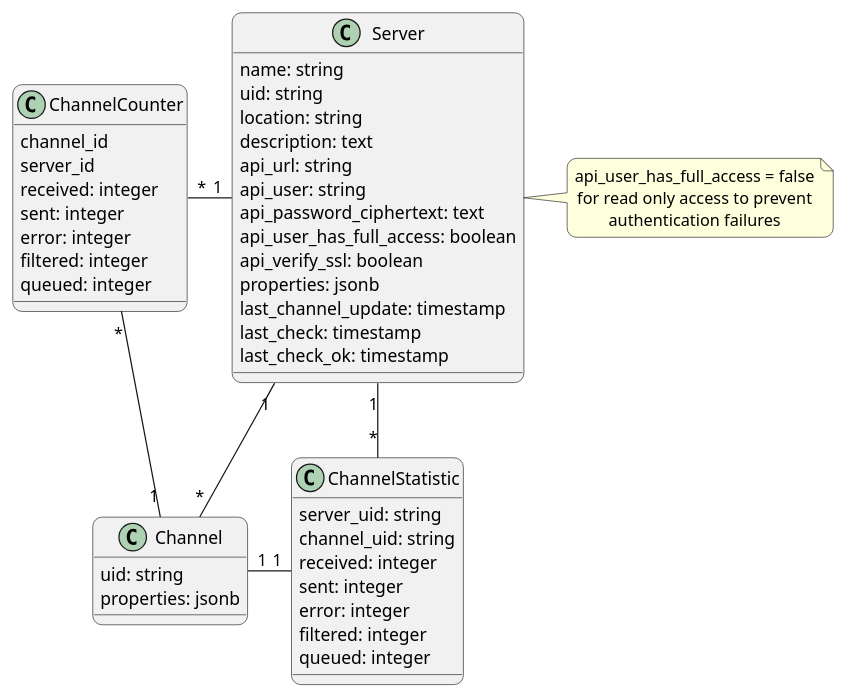
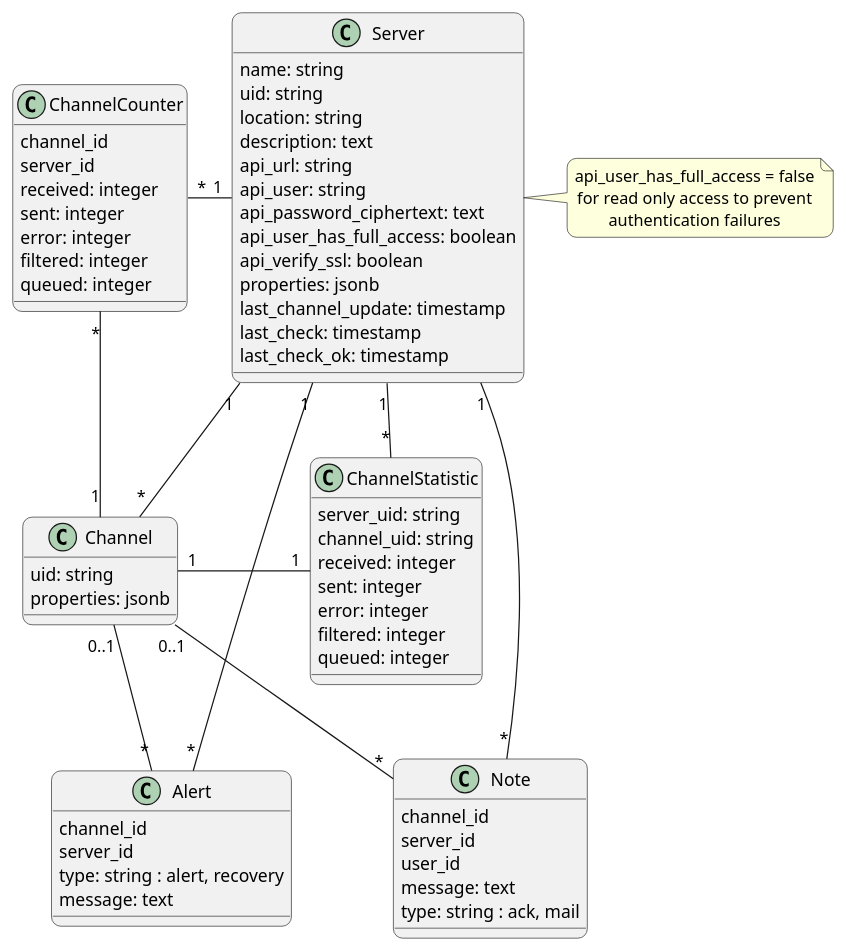
Before and after one commit to swobspace/mirco: the diagram in public/docs/dev-notes/_images/models.puml, drawn with PlantUML. The commit also changed 5 other files, not shown here.

```diff
--- a/public/docs/dev-notes/_images/models.puml
+++ b/public/docs/dev-notes/_images/models.puml
@@ -1,58 +1,78 @@
 @startuml
 top to bottom direction
 skinparam defaultTextAlignment center
 skinparam roundCorner 15
 
 class Server  {
   name: string
   uid: string
   location: string
   description: text
   api_url: string
   api_user: string
   api_password_ciphertext: text
   api_user_has_full_access: boolean
   api_verify_ssl: boolean
   properties: jsonb
   last_channel_update: timestamp
   last_check: timestamp
   last_check_ok: timestamp
 }
 note right of Server
   api_user_has_full_access = false
   for read only access to prevent
   authentication failures
 end note
 
 class Channel {
   uid: string
   properties: jsonb
 }
 
 class ChannelStatistic {
   server_uid: string
   channel_uid: string
   received: integer
   sent: integer
   error: integer
   filtered: integer
   queued: integer
 }
 
 class ChannelCounter {
   channel_id
   server_id
   received: integer
   sent: integer
   error: integer
   filtered: integer
   queued: integer
 }
 
+class Alert {
+  channel_id
+  server_id
+  type: string : alert, recovery
+  message: text
+}
+
+class Note {
+  channel_id
+  server_id
+  user_id
+  message: text
+  type: string : ack, mail
+}
+
 Server "1" -- "*" Channel
 Server "1" - "*" ChannelStatistic
 Channel "1" - "1" ChannelStatistic
 ChannelCounter "*" - "1" Server
 ChannelCounter "*" -- "1" Channel
+Server "1" -- "*" Alert
+Channel "0..1" -- "*" Alert
+Server "1" -- "*" Note
+Channel "0..1" -- "*" Note
+
 
 @enduml
```
